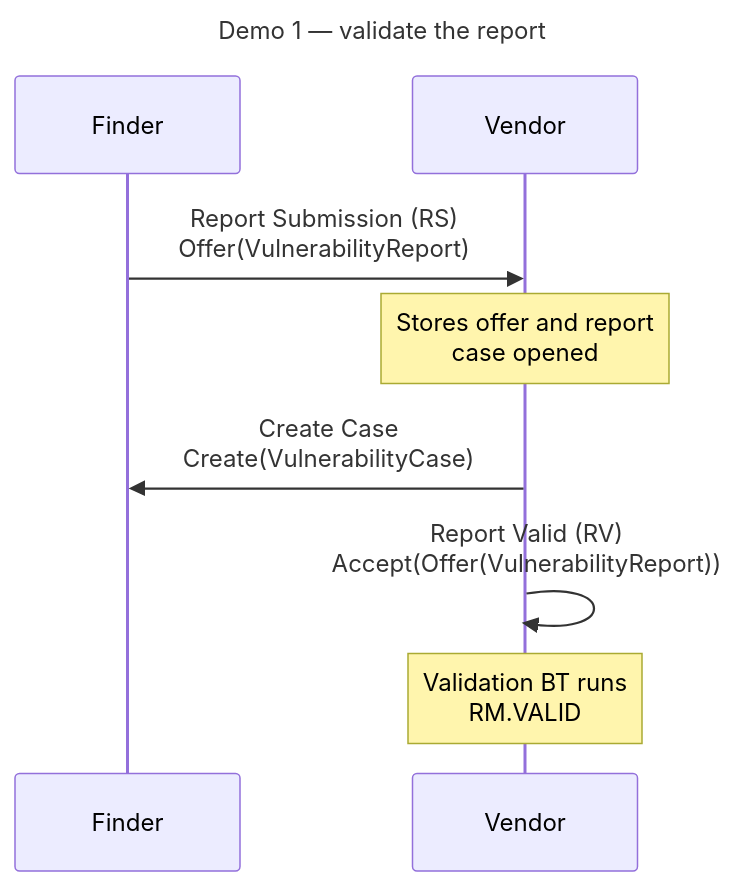
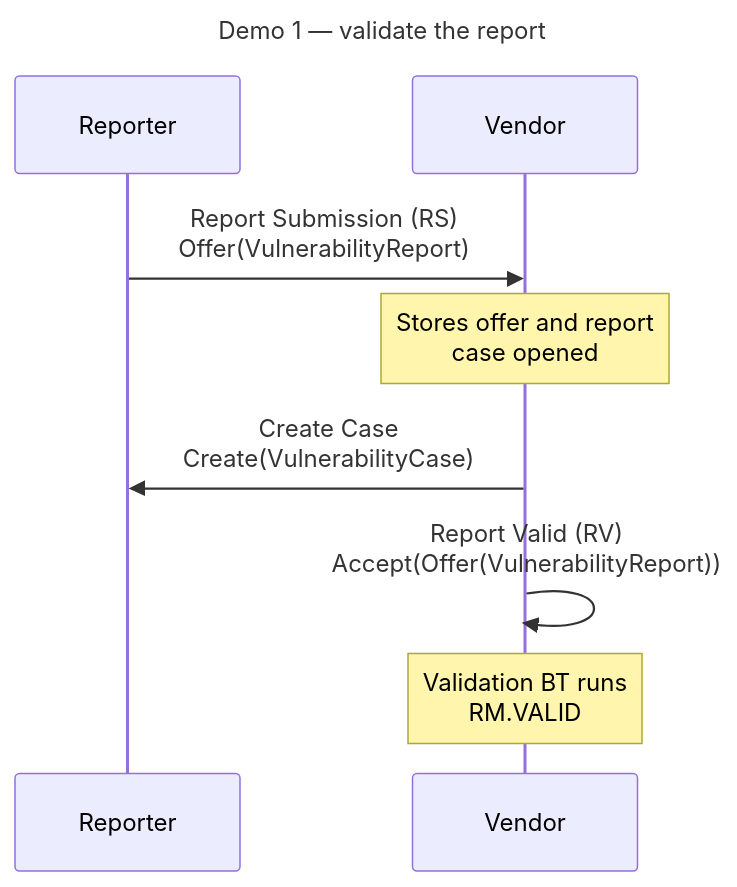
The first of 3 diagrams in docs/tutorials/receive_report_demo.md (CERTCC/Vultron), drawn with Mermaid before and after one commit. The commit also changed other lines of this file and 12 other files, not shown here.

````diff
--- a/docs/tutorials/receive_report_demo.md
+++ b/docs/tutorials/receive_report_demo.md
@@ -124,14 +124,14 @@
 ```mermaid
 ---
 title: Demo 1 — validate the report
 ---
 sequenceDiagram
-    participant F as Finder
+    participant R as Reporter
     participant V as Vendor
 
-    F->>V: Report Submission (RS)<br/>Offer(VulnerabilityReport)
+    R->>V: Report Submission (RS)<br/>Offer(VulnerabilityReport)
     Note over V: Stores offer and report<br/>case opened
-    V->>F: Create Case<br/>Create(VulnerabilityCase)
+    V->>R: Create Case<br/>Create(VulnerabilityCase)
     V->>V: Report Valid (RV)<br/>Accept(Offer(VulnerabilityReport))
     Note over V: Validation BT runs<br/>RM.VALID
 ```
````
